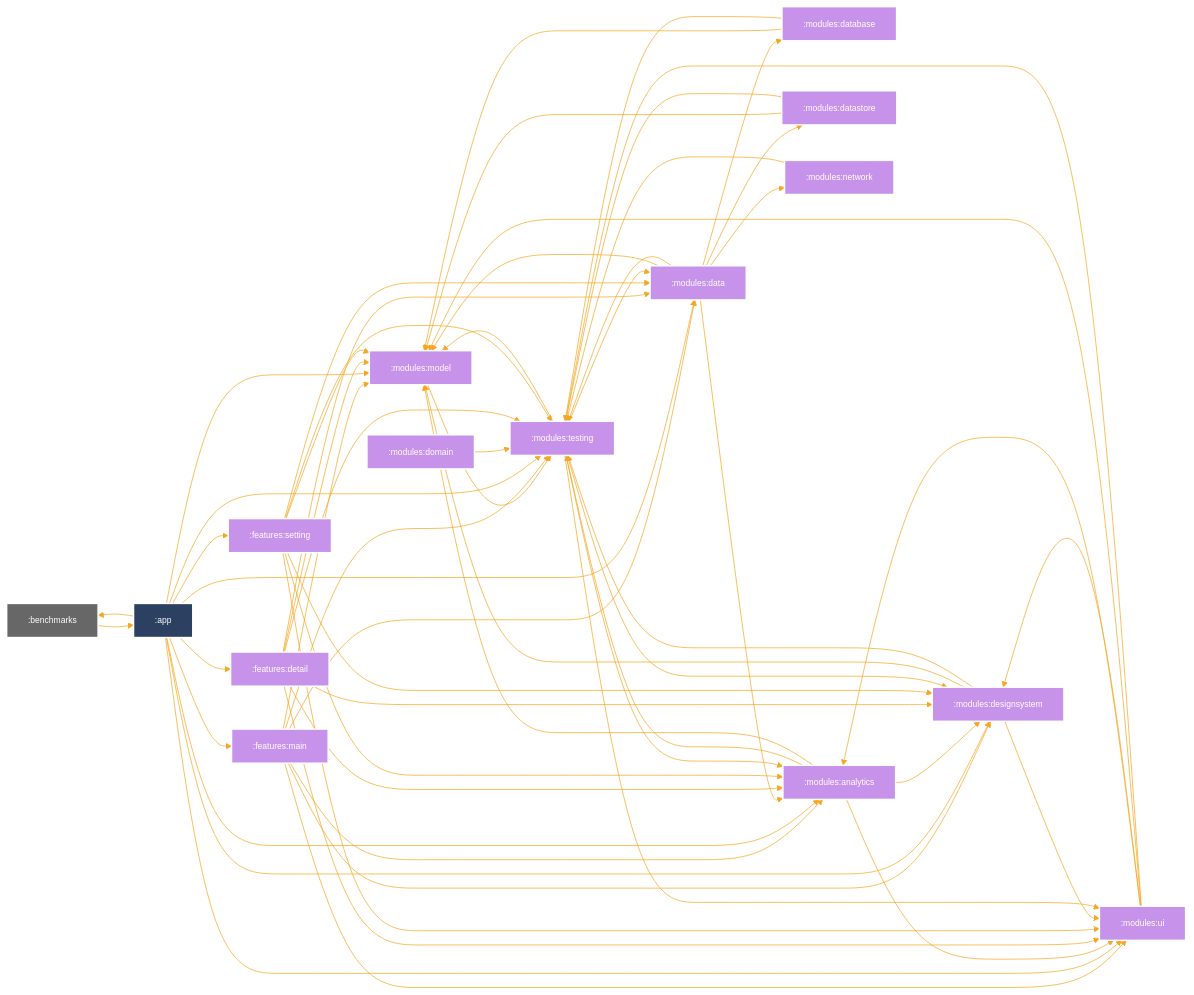
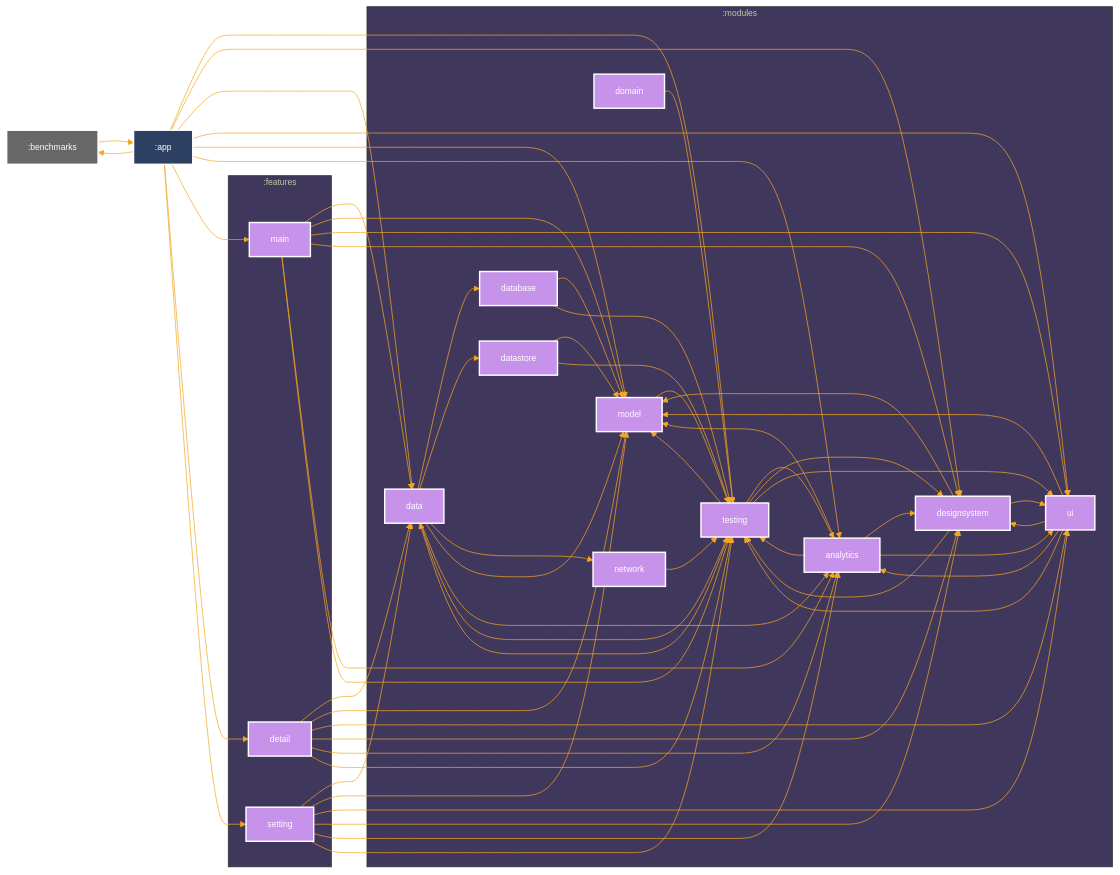
Before and after one commit to mshdabiola/Kmtemplate: the diagram in FULLGRAPH.md, drawn with Mermaid. The commit also changed 1 other file, not shown here.

Commit message:
feat: update module graph configuration and add subgraphs
-   Updates the `moduleGraphConfig` in `build.gradle.kts` to set `showFullPath` to `false`.
-   Adds subgraphs for `features` and `modules` in `FULLGRAPH.md` to better organize the module graph.
- Defines nodes within the subgraphs for various modules and features.

```diff
--- a/FULLGRAPH.md
+++ b/FULLGRAPH.md
@@ -9,6 +9,23 @@
 }%%
 
 graph LR
+  subgraph :features
+    :features:main["main"]
+    :features:detail["detail"]
+    :features:setting["setting"]
+  end
+  subgraph :modules
+    :modules:model["model"]
+    :modules:testing["testing"]
+    :modules:database["database"]
+    :modules:data["data"]
+    :modules:ui["ui"]
+    :modules:designsystem["designsystem"]
+    :modules:analytics["analytics"]
+    :modules:datastore["datastore"]
+    :modules:network["network"]
+    :modules:domain["domain"]
+  end
   :modules:model --> :modules:testing
   :benchmarks --> :app
   :modules:database --> :modules:model
```
